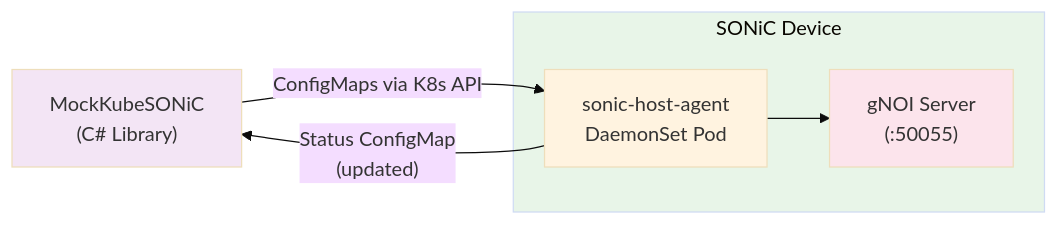
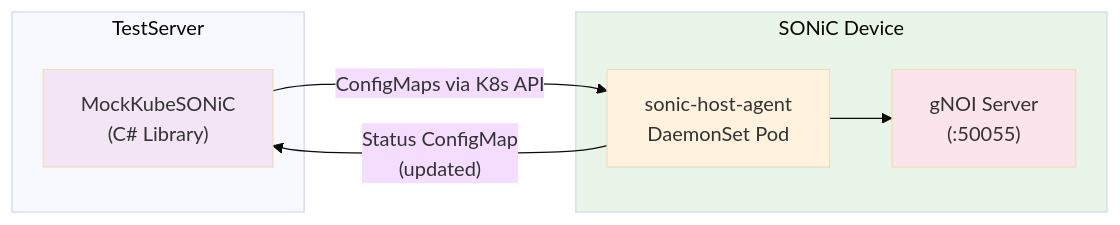
The second of 2 diagrams in docs/testplan/Upgrade_gNOI-test-plan.md (sonic-net/sonic-mgmt), drawn with Mermaid (base theme) before and after one commit.

Commit message:
Updated testplan

````diff
--- a/docs/testplan/Upgrade_gNOI-test-plan.md
+++ b/docs/testplan/Upgrade_gNOI-test-plan.md
@@ -166,22 +166,24 @@
 ```mermaid
 graph LR
+    subgraph TestServer ["TestServer"]
     MockKubeSONiC["MockKubeSONiC
 (C# Library)"]
+    end 
 
     subgraph Device ["SONiC Device"]
         Agent["sonic-host-agent
 DaemonSet Pod"]
         GNOI["gNOI Server
 (:50055)"]
         Agent --> GNOI
     end
 
     MockKubeSONiC -->|"ConfigMaps via K8s API"| Agent
     Agent -->|"Status ConfigMap
 (updated)"| MockKubeSONiC
 
     style MockKubeSONiC fill:#f3e5f5
     style Device fill:#e8f5e8
     style Agent fill:#fff3e0
     style GNOI fill:#fce4ec
 ```
````
